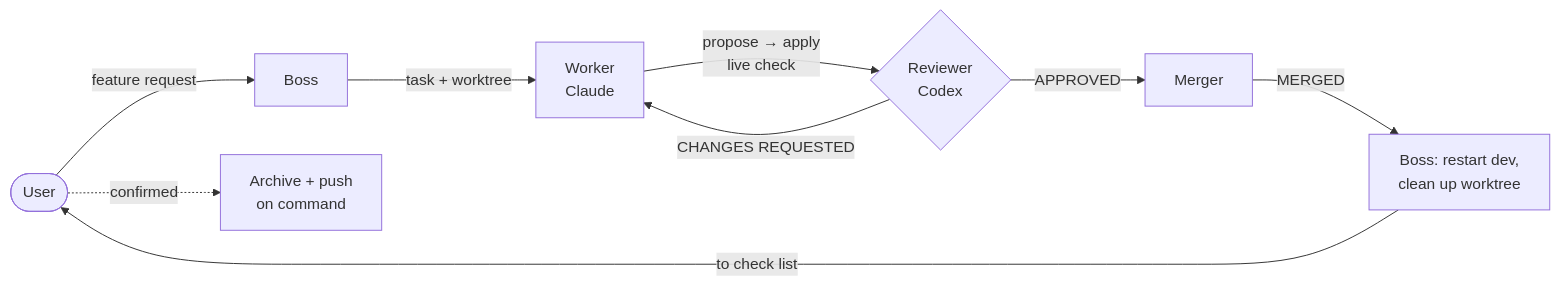
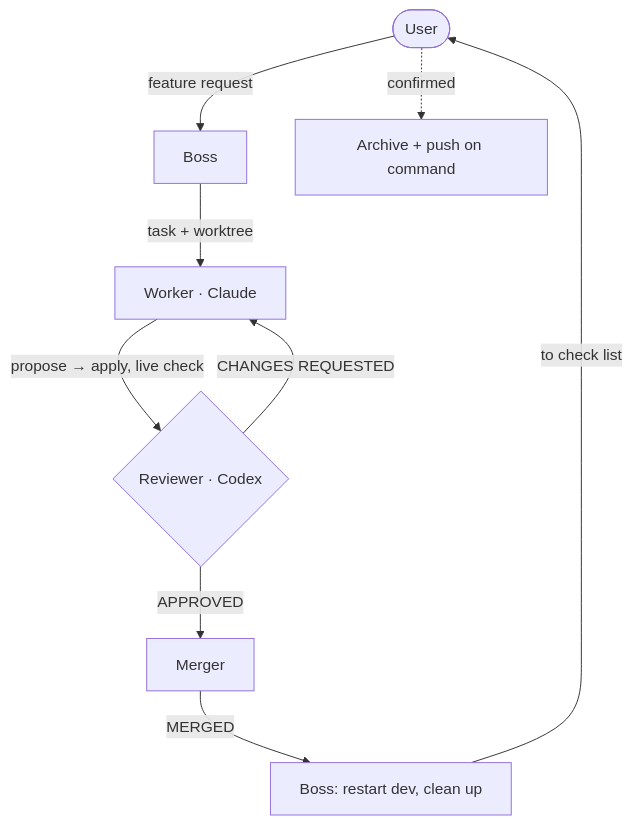
One commit to alexzomai/leha-loop changed the diagram in assets/loop.mmd. Above: the diagram before and after it, drawn with Mermaid. The commit also changed 2 other files, not shown here.

Commit message:
docs: make the loop diagram vertical so it reads larger

```diff
--- a/assets/loop.mmd
+++ b/assets/loop.mmd
@@ -1,9 +1,9 @@
-flowchart LR
+flowchart TD
   U([User]) -->|feature request| B[Boss]
-  B -->|task + worktree| W[Worker<br/>Claude]
-  W -->|propose → apply<br/>live check| R{Reviewer<br/>Codex}
+  B -->|task + worktree| W[Worker · Claude]
+  W -->|propose → apply, live check| R{Reviewer · Codex}
   R -->|CHANGES REQUESTED| W
   R -->|APPROVED| M[Merger]
-  M -->|MERGED| C[Boss: restart dev,<br/>clean up worktree]
+  M -->|MERGED| C[Boss: restart dev, clean up]
   C -->|to check list| U
-  U -.->|confirmed| A[Archive + push<br/>on command]
+  U -.->|confirmed| A[Archive + push on command]
```
